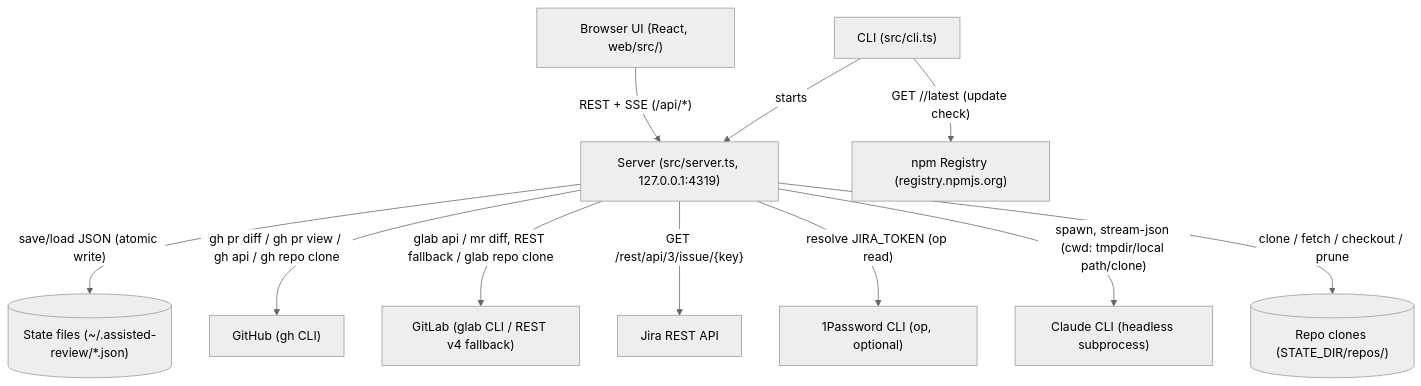
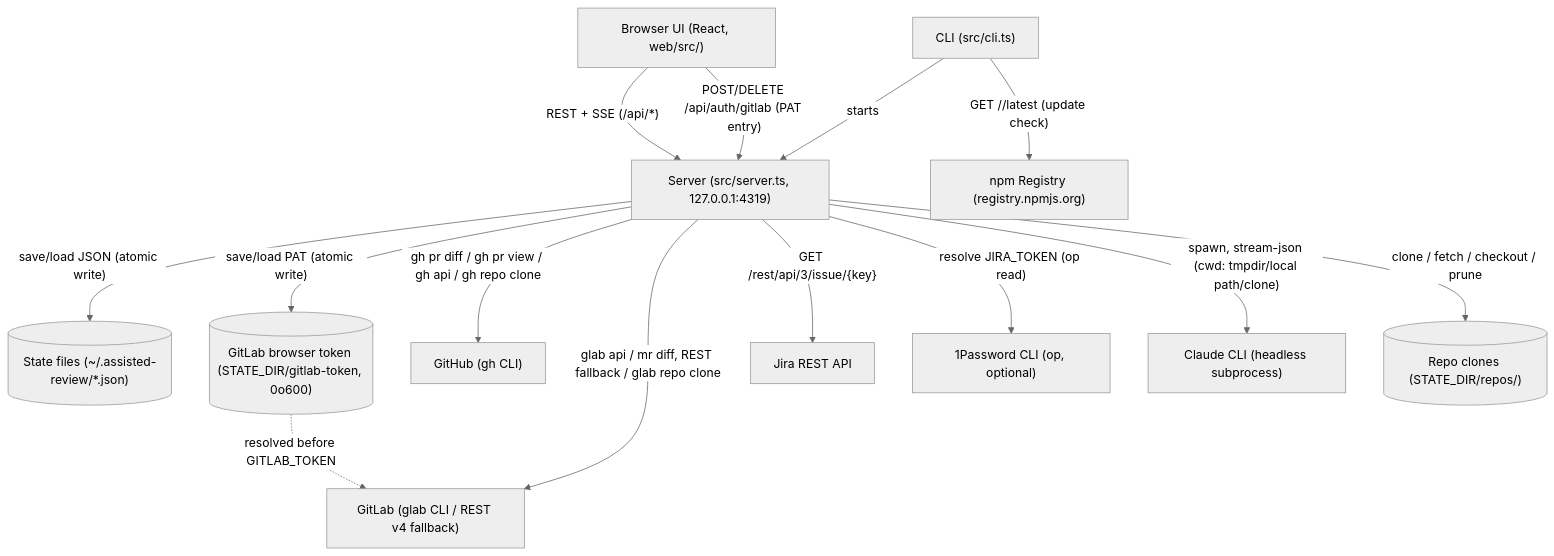
One commit to moui72/assisted-review changed the second of 3 diagrams in README.md. Above: the diagram before and after it, drawn with Mermaid (neutral theme). The commit also changed other lines of this file and 9 other files, not shown here.

````diff
--- a/README.md
+++ b/README.md
@@ -390,25 +390,29 @@
 ```mermaid
 graph TD
     UI["Browser UI (React, web/src/)"]
     CLI["CLI (src/cli.ts)"]
     Server["Server (src/server.ts, 127.0.0.1:4319)"]
     State[("State files (~/.assisted-review/*.json)")]
     Clones[("Repo clones (STATE_DIR/repos/)")]
+    GitLabToken[("GitLab browser token (STATE_DIR/gitlab-token, 0o600)")]
     GitHub["GitHub (gh CLI)"]
     GitLab["GitLab (glab CLI / REST v4 fallback)"]
     Jira["Jira REST API"]
     Claude["Claude CLI (headless subprocess)"]
     OnePassword["1Password CLI (op, optional)"]
     NpmRegistry["npm Registry (registry.npmjs.org)"]
 
     CLI -->|starts| Server
     CLI -->|"GET /<pkg>/latest (update check)"| NpmRegistry
     UI -->|"REST + SSE (/api/*)"| Server
+    UI -->|"POST/DELETE /api/auth/gitlab (PAT entry)"| Server
     Server -->|"save/load JSON (atomic write)"| State
+    Server -->|"save/load PAT (atomic write)"| GitLabToken
     Server -->|"gh pr diff / gh pr view / gh api / gh repo clone"| GitHub
     Server -->|"glab api / mr diff, REST fallback / glab repo clone"| GitLab
+    GitLabToken -.->|"resolved before GITLAB_TOKEN"| GitLab
     Server -->|"GET /rest/api/3/issue/{key}"| Jira
     Server -->|"resolve JIRA_TOKEN (op read)"| OnePassword
     Server -->|"spawn, stream-json (cwd: tmpdir/local path/clone)"| Claude
     Server -->|"clone / fetch / checkout / prune"| Clones
 ```
````
